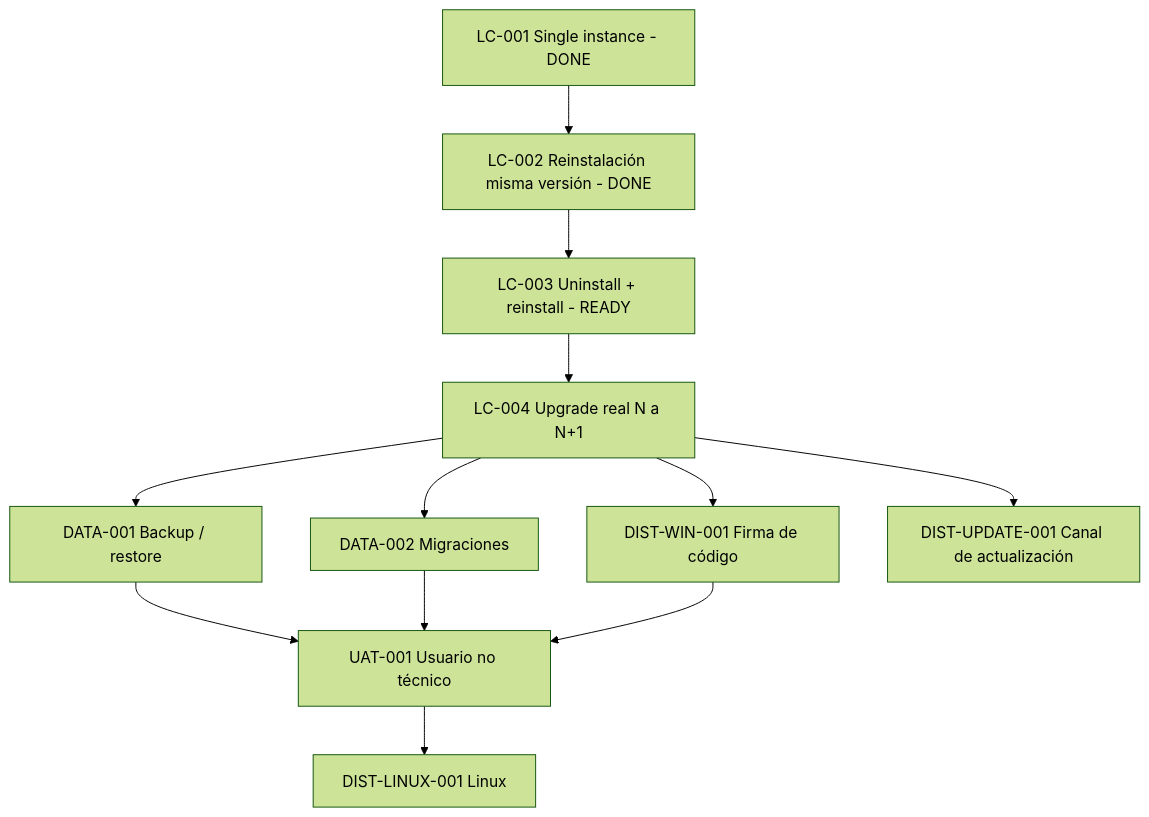
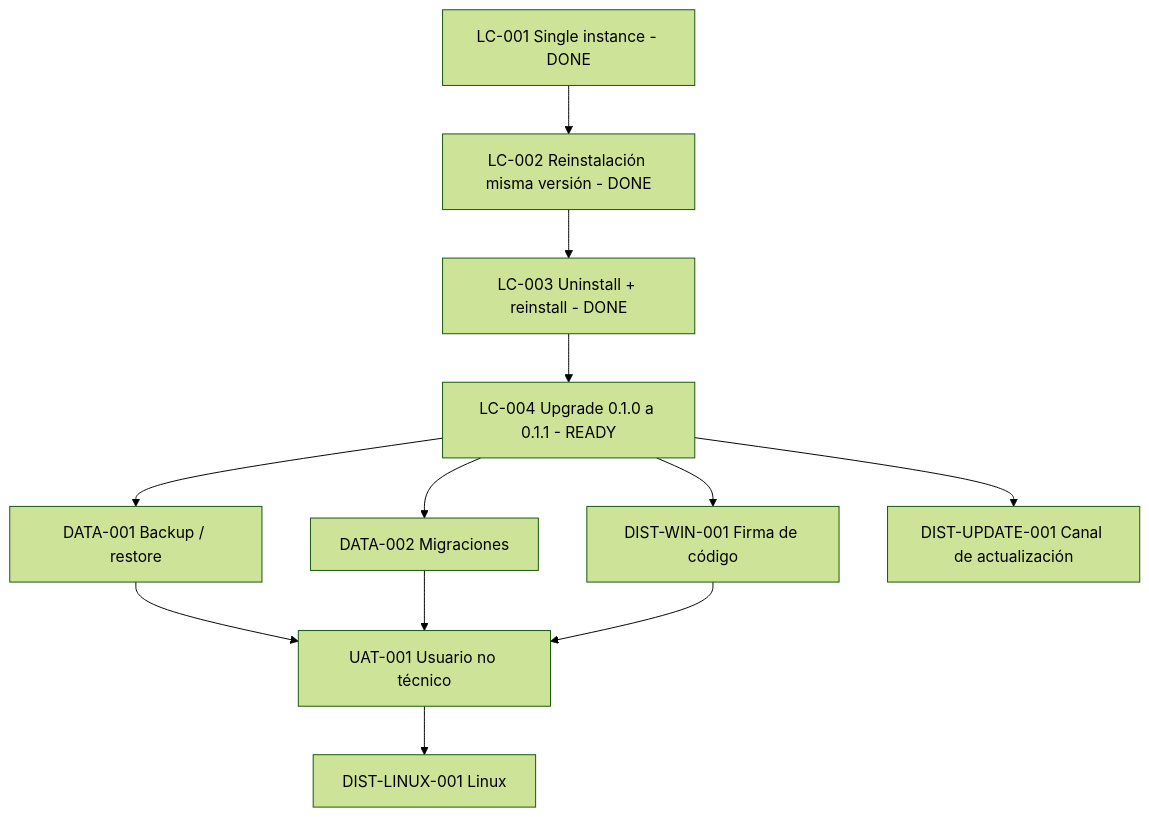
One commit to cmartinezs/personal-tax-ledger changed the diagram in docs/backlog/desktop-lifecycle-and-distribution.md. Above: the diagram before and after it, drawn with Mermaid (forest theme). The commit also changed other lines of this file, not shown here.

Commit message:
docs: close LC-003 and advance upgrade gate

````diff
--- a/docs/backlog/desktop-lifecycle-and-distribution.md
+++ b/docs/backlog/desktop-lifecycle-and-distribution.md
@@ -339,14 +381,14 @@
 ```mermaid
 flowchart TD
     A["LC-001 Single instance - DONE"] --> B["LC-002 Reinstalación misma versión - DONE"]
-    B --> C["LC-003 Uninstall + reinstall - READY"]
-    C --> D["LC-004 Upgrade real N a N+1"]
+    B --> C["LC-003 Uninstall + reinstall - DONE"]
+    C --> D["LC-004 Upgrade 0.1.0 a 0.1.1 - READY"]
     D --> E["DATA-001 Backup / restore"]
     D --> F["DATA-002 Migraciones"]
     D --> G["DIST-WIN-001 Firma de código"]
     E --> H["UAT-001 Usuario no técnico"]
     F --> H
     G --> H
     H --> I["DIST-LINUX-001 Linux"]
     D --> J["DIST-UPDATE-001 Canal de actualización"]
 ```
````
